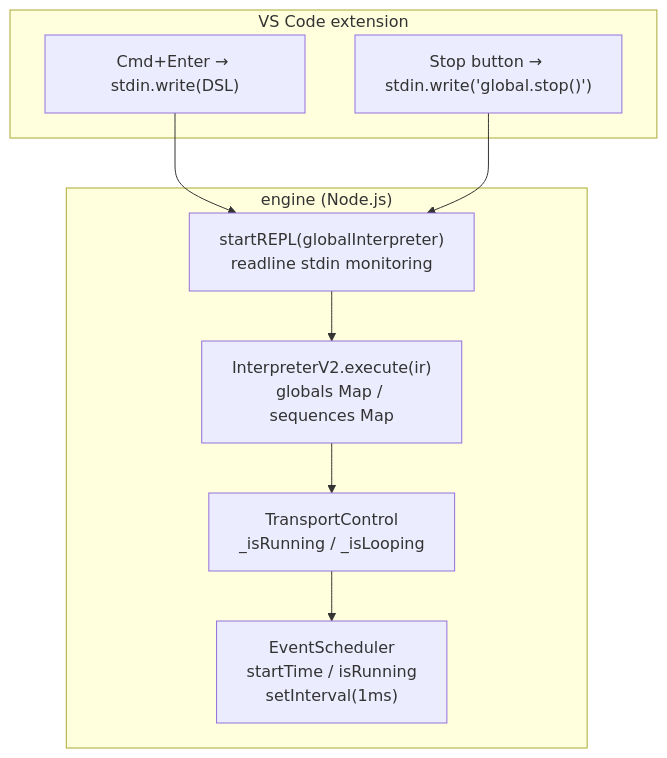
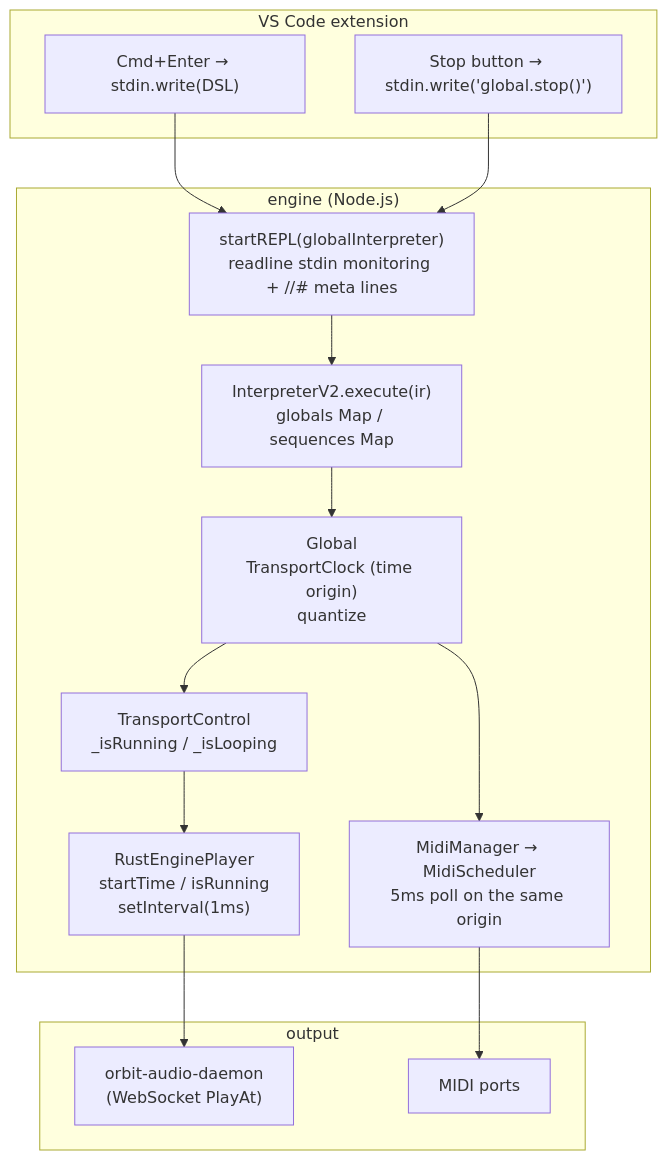
Before and after one commit to signalcompose/orbitscore: the fourth of 4 diagrams in sites/dev/en/scheduling/transport.md, drawn with Mermaid. The commit also changed other lines of this file and 8 other files, not shown here.

````diff
--- a/sites/dev/en/scheduling/transport.md
+++ b/sites/dev/en/scheduling/transport.md
@@ -286,20 +532,31 @@
 ```mermaid
 flowchart TB
   subgraph EXT["VS Code extension"]
     CMD["Cmd+Enter → stdin.write(DSL)"]
     STOP["Stop button → stdin.write('global.stop()')"]
   end
 
   subgraph ENGINE["engine (Node.js)"]
-    REPL["startREPL(globalInterpreter)\nreadline stdin monitoring"]
+    REPL["startREPL(globalInterpreter)\nreadline stdin monitoring + //# meta lines"]
     INTERP["InterpreterV2.execute(ir)\nglobals Map / sequences Map"]
+    G["Global\nTransportClock (time origin)\nquantize"]
     TC["TransportControl\n_isRunning / _isLooping"]
-    SCHED["EventScheduler\nstartTime / isRunning\nsetInterval(1ms)"]
+    SCHED["RustEnginePlayer\nstartTime / isRunning\nsetInterval(1ms)"]
+    MIDI["MidiManager → MidiScheduler\n5ms poll on the same origin"]
+  end
+
+  subgraph OUT["output"]
+    D["orbit-audio-daemon\n(WebSocket PlayAt)"]
+    M["MIDI ports"]
   end
 
   CMD --> REPL
   STOP --> REPL
   REPL --> INTERP
-  INTERP --> TC
+  INTERP --> G
+  G --> TC
+  G --> MIDI
   TC --> SCHED
+  SCHED --> D
+  MIDI --> M
 ```
````
